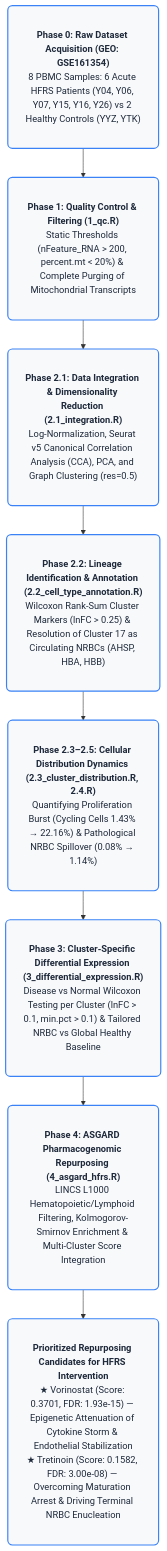
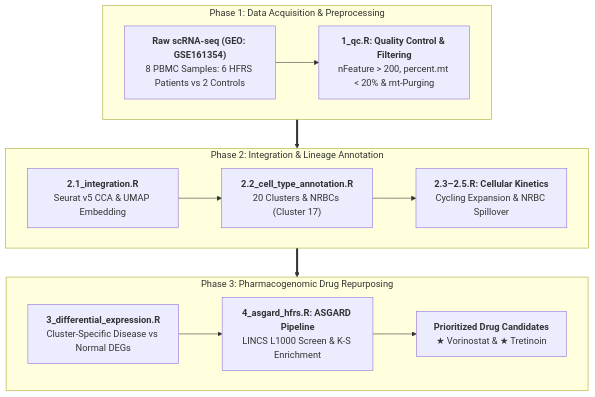
The diagram in README.md (Soash/HFRS-scRNA-Drug-Repurposing), drawn with Mermaid before and after one commit.

````diff
--- a/README.md
+++ b/README.md
@@ -51,13 +51,19 @@
 ```mermaid
 flowchart TD
-    classDef wideBox fill:#f8f9fa,stroke:#3b82f6,stroke-width:2px,color:#1e293b,rx:8px,ry:8px,min-width:460px,padding:14px 20px
+    subgraph P1 ["Phase 1: Data Acquisition & Preprocessing"]
+        direction LR
+        A["<b>Raw scRNA-seq (GEO: GSE161354)</b><br/>8 PBMC Samples: 6 HFRS Patients vs 2 Controls"] --> B["<b>1_qc.R: Quality Control & Filtering</b><br/>nFeature > 200, percent.mt < 20% & mt-Purging"]
+    end
 
-    A["<b>Phase 0: Raw Dataset Acquisition (GEO: GSE161354)</b><br/>8 PBMC Samples: 6 Acute HFRS Patients (Y04, Y06, Y07, Y15, Y16, Y26) vs 2 Healthy Controls (YYZ, YTK)"]:::wideBox
-    --> B["<b>Phase 1: Quality Control & Filtering (1_qc.R)</b><br/>Static Thresholds (nFeature_RNA > 200, percent.mt < 20%) & Complete Purging of Mitochondrial Transcripts"]:::wideBox
-    --> C["<b>Phase 2.1: Data Integration & Dimensionality Reduction (2.1_integration.R)</b><br/>Log-Normalization, Seurat v5 Canonical Correlation Analysis (CCA), PCA, and Graph Clustering (res=0.5)"]:::wideBox
-    --> D["<b>Phase 2.2: Lineage Identification & Annotation (2.2_cell_type_annotation.R)</b><br/>Wilcoxon Rank-Sum Cluster Markers (lnFC > 0.25) & Resolution of Cluster 17 as Circulating NRBCs (AHSP, HBA, HBB)"]:::wideBox
-    --> E["<b>Phase 2.3–2.5: Cellular Distribution Dynamics (2.3_cluster_distribution.R, 2.4.R)</b><br/>Quantifying Proliferation Burst (Cycling Cells 1.43% → 22.16%) & Pathological NRBC Spillover (0.08% → 1.14%)"]:::wideBox
-    --> F["<b>Phase 3: Cluster-Specific Differential Expression (3_differential_expression.R)</b><br/>Disease vs Normal Wilcoxon Testing per Cluster (lnFC > 0.1, min.pct > 0.1) & Tailored NRBC vs Global Healthy Baseline"]:::wideBox
-    --> G["<b>Phase 4: ASGARD Pharmacogenomic Repurposing (4_asgard_hfrs.R)</b><br/>LINCS L1000 Hematopoietic/Lymphoid Filtering, Kolmogorov-Smirnov Enrichment & Multi-Cluster Score Integration"]:::wideBox
-    --> H["<b>Prioritized Repurposing Candidates for HFRS Intervention</b><br/>★ Vorinostat (Score: 0.3701, FDR: 1.93e-15) — Epigenetic Attenuation of Cytokine Storm & Endothelial Stabilization<br/>★ Tretinoin (Score: 0.1582, FDR: 3.00e-08) — Overcoming Maturation Arrest & Driving Terminal NRBC Enucleation"]:::wideBox
+    subgraph P2 ["Phase 2: Integration & Lineage Annotation"]
+        direction LR
+        C["<b>2.1_integration.R</b><br/>Seurat v5 CCA & UMAP Embedding"] --> D["<b>2.2_cell_type_annotation.R</b><br/>20 Clusters & NRBCs (Cluster 17)"] --> E["<b>2.3–2.5.R: Cellular Kinetics</b><br/>Cycling Expansion & NRBC Spillover"]
+    end
+
+    subgraph P3 ["Phase 3: Pharmacogenomic Drug Repurposing"]
+        direction LR
+        F["<b>3_differential_expression.R</b><br/>Cluster-Specific Disease vs Normal DEGs"] --> G["<b>4_asgard_hfrs.R: ASGARD Pipeline</b><br/>LINCS L1000 Screen & K-S Enrichment"] --> H["<b>Prioritized Drug Candidates</b><br/>★ Vorinostat & ★ Tretinoin"]
+    end
+
+    P1 ==> P2 ==> P3
 ```
````
